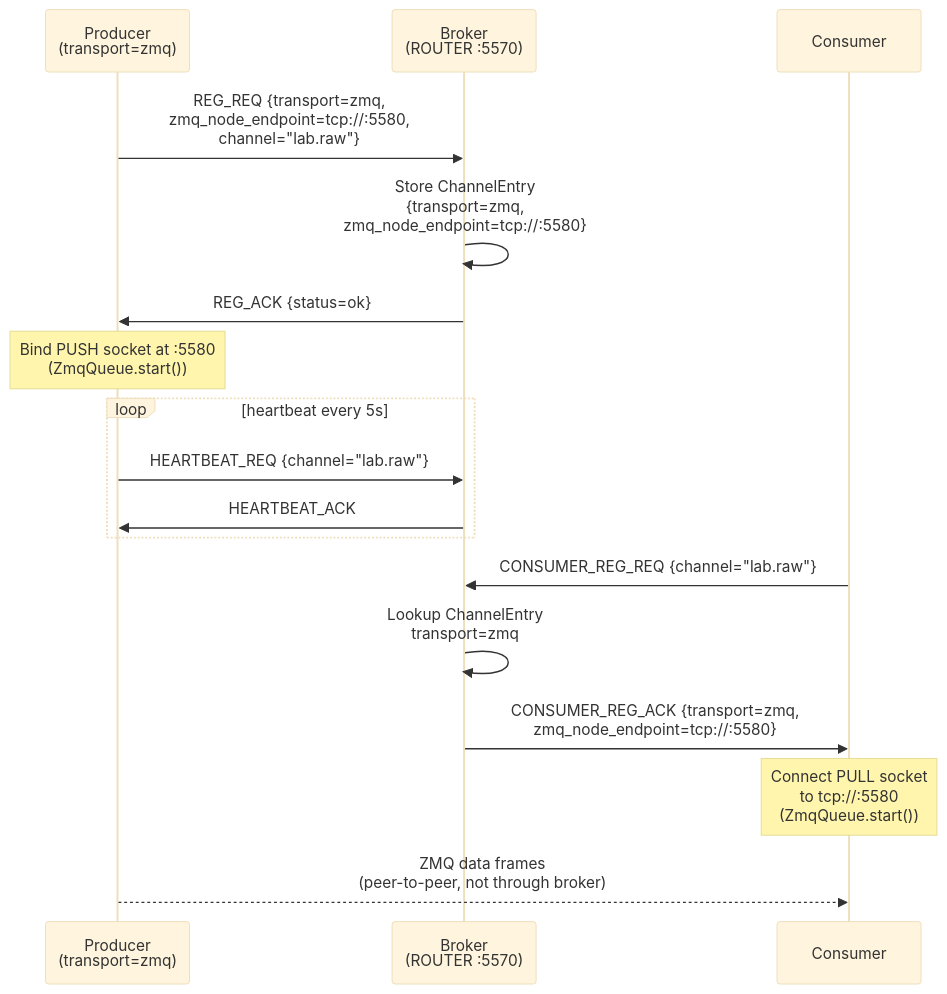
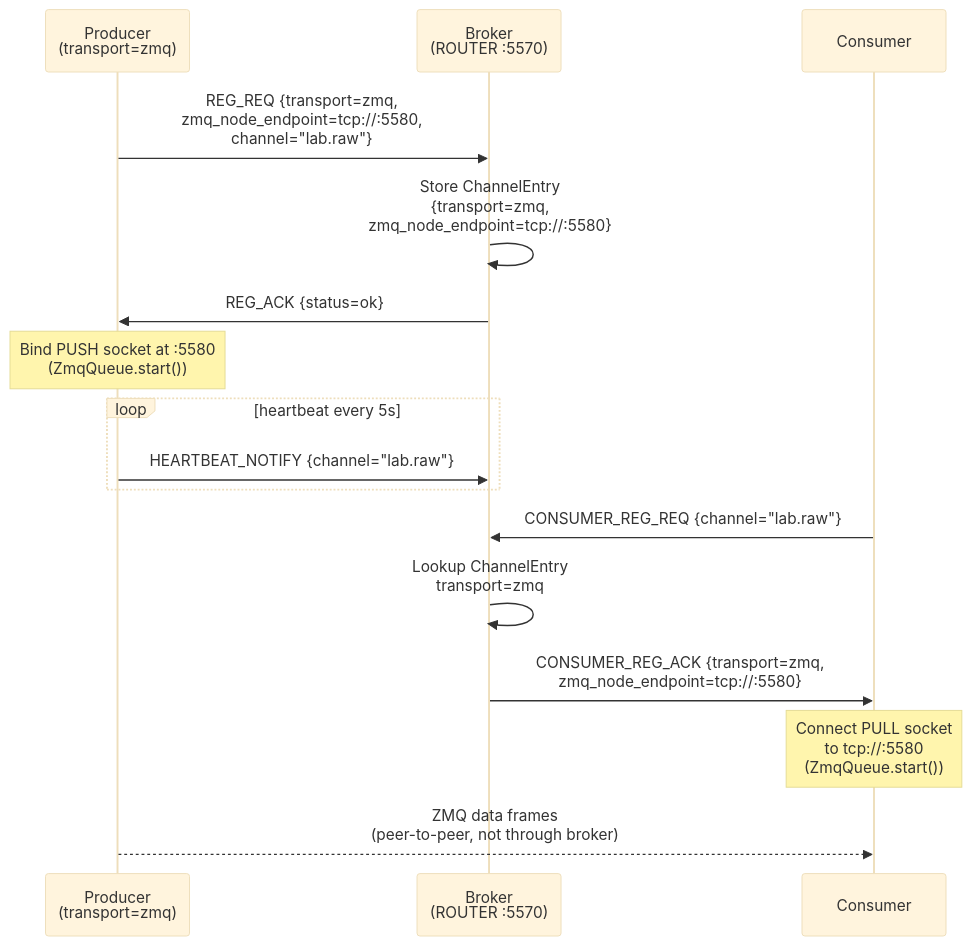
Before and after one commit to Qing-LAB/pylabhub: the fourth of 7 diagrams in docs/HEP/HEP-CORE-0021-ZMQ-Endpoint-Registry.md, drawn with Mermaid (base theme). The commit also changed 12 other files, not shown here.

First line of the commit message:
docs: sweep HEARTBEAT_REQ and BAND_BROADCAST_REQ residual names to match code

````diff
--- a/docs/HEP/HEP-CORE-0021-ZMQ-Endpoint-Registry.md
+++ b/docs/HEP/HEP-CORE-0021-ZMQ-Endpoint-Registry.md
@@ -385,23 +385,22 @@
 ```mermaid
 sequenceDiagram
     participant P as Producer<br/>(transport=zmq)
     participant B as Broker<br/>(ROUTER :5570)
     participant C as Consumer
 
     P->>B: REG_REQ {transport=zmq,<br/>zmq_node_endpoint=tcp://:5580,<br/>channel="lab.raw"}
     B->>B: Store ChannelEntry<br/>{transport=zmq,<br/>zmq_node_endpoint=tcp://:5580}
     B->>P: REG_ACK {status=ok}
     Note over P: Bind PUSH socket at :5580<br/>(ZmqQueue.start())
 
     loop heartbeat every 5s
-        P->>B: HEARTBEAT_REQ {channel="lab.raw"}
-        B->>P: HEARTBEAT_ACK
+        P->>B: HEARTBEAT_NOTIFY {channel="lab.raw"}
     end
 
     C->>B: CONSUMER_REG_REQ {channel="lab.raw"}
     B->>B: Lookup ChannelEntry<br/>transport=zmq
     B->>C: CONSUMER_REG_ACK {transport=zmq,<br/>zmq_node_endpoint=tcp://:5580}
     Note over C: Connect PULL socket<br/>to tcp://:5580<br/>(ZmqQueue.start())
 
     P-->>C: ZMQ data frames<br/>(peer-to-peer, not through broker)
 ```
````
